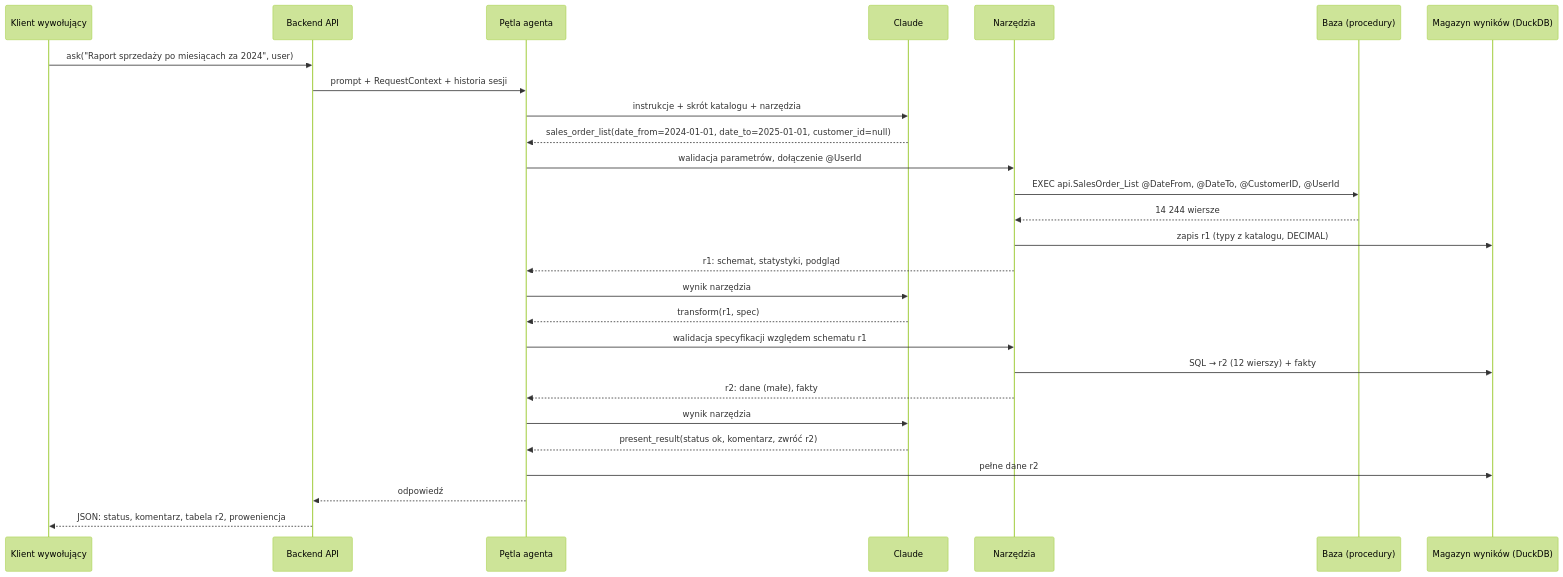
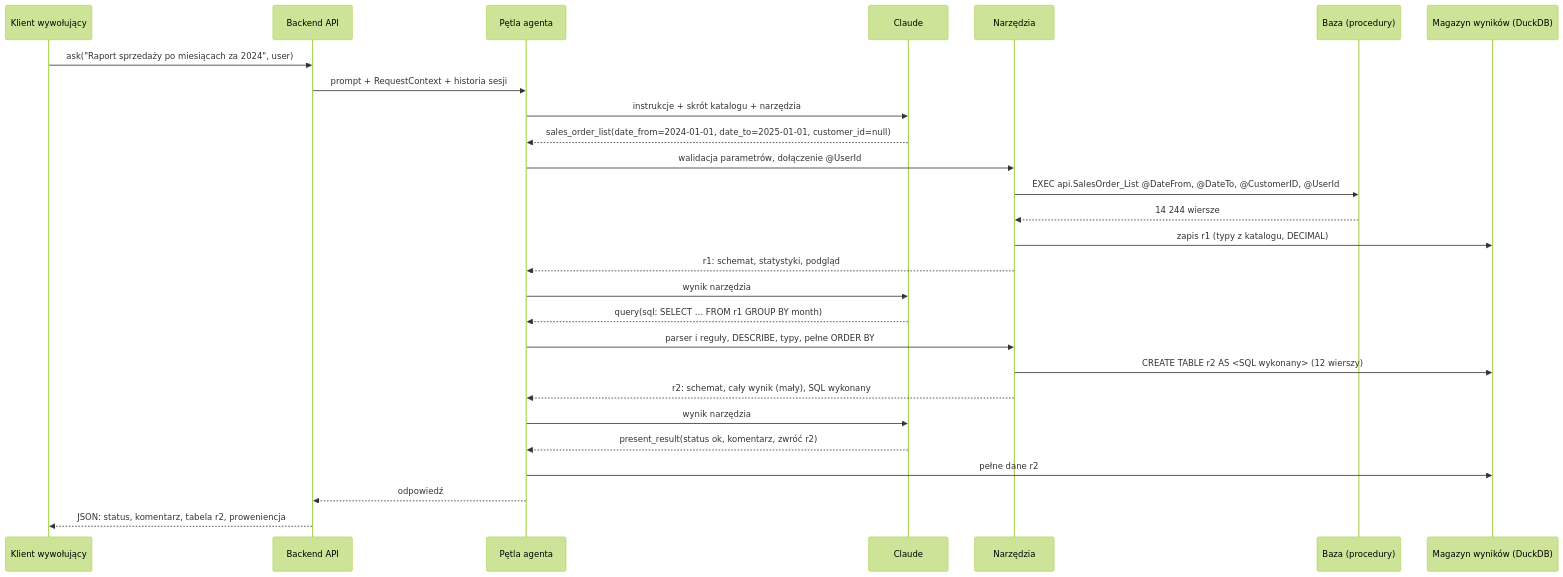
One commit to Pigula1984/data-concierge changed the second of 2 diagrams in docs/architecture/001-architektura-data-concierge.md. Above: the diagram before and after it, drawn with Mermaid (forest theme). The commit also changed other lines of this file and 5 other files, not shown here.

````diff
--- a/docs/architecture/001-architektura-data-concierge.md
+++ b/docs/architecture/001-architektura-data-concierge.md
@@ -445,30 +527,30 @@
 ```mermaid
 sequenceDiagram
     participant C as Klient wywołujący
     participant API as Backend API
     participant A as Pętla agenta
     participant M as Claude
     participant T as Narzędzia
     participant DB as Baza (procedury)
     participant RS as Magazyn wyników (DuckDB)
 
     C->>API: ask("Raport sprzedaży po miesiącach za 2024", user)
     API->>A: prompt + RequestContext + historia sesji
     A->>M: instrukcje + skrót katalogu + narzędzia
     M-->>A: sales_order_list(date_from=2024-01-01, date_to=2025-01-01, customer_id=null)
     A->>T: walidacja parametrów, dołączenie @UserId
     T->>DB: EXEC api.SalesOrder_List @DateFrom, @DateTo, @CustomerID, @UserId
     DB-->>T: 14 244 wiersze
     T->>RS: zapis r1 (typy z katalogu, DECIMAL)
     T-->>A: r1: schemat, statystyki, podgląd
     A->>M: wynik narzędzia
-    M-->>A: transform(r1, spec)
-    A->>T: walidacja specyfikacji względem schematu r1
-    T->>RS: SQL → r2 (12 wierszy) + fakty
-    T-->>A: r2: dane (małe), fakty
+    M-->>A: query(sql: SELECT … FROM r1 GROUP BY month)
+    A->>T: parser i reguły, DESCRIBE, typy, pełne ORDER BY
+    T->>RS: CREATE TABLE r2 AS <SQL wykonany> (12 wierszy)
+    T-->>A: r2: schemat, cały wynik (mały), SQL wykonany
     A->>M: wynik narzędzia
     M-->>A: present_result(status ok, komentarz, zwróć r2)
     A->>RS: pełne dane r2
     A-->>API: odpowiedź
     API-->>C: JSON: status, komentarz, tabela r2, proweniencja
 ```
````
